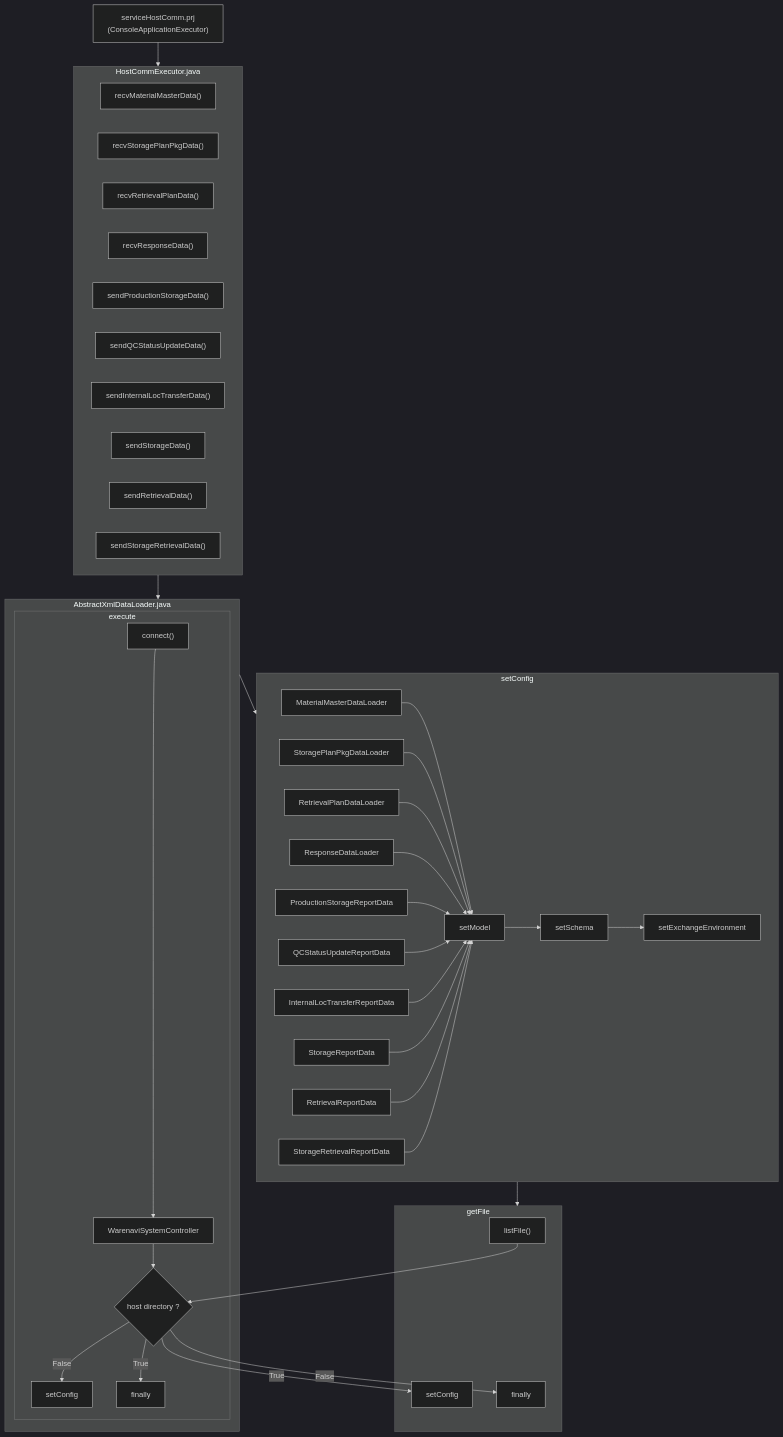
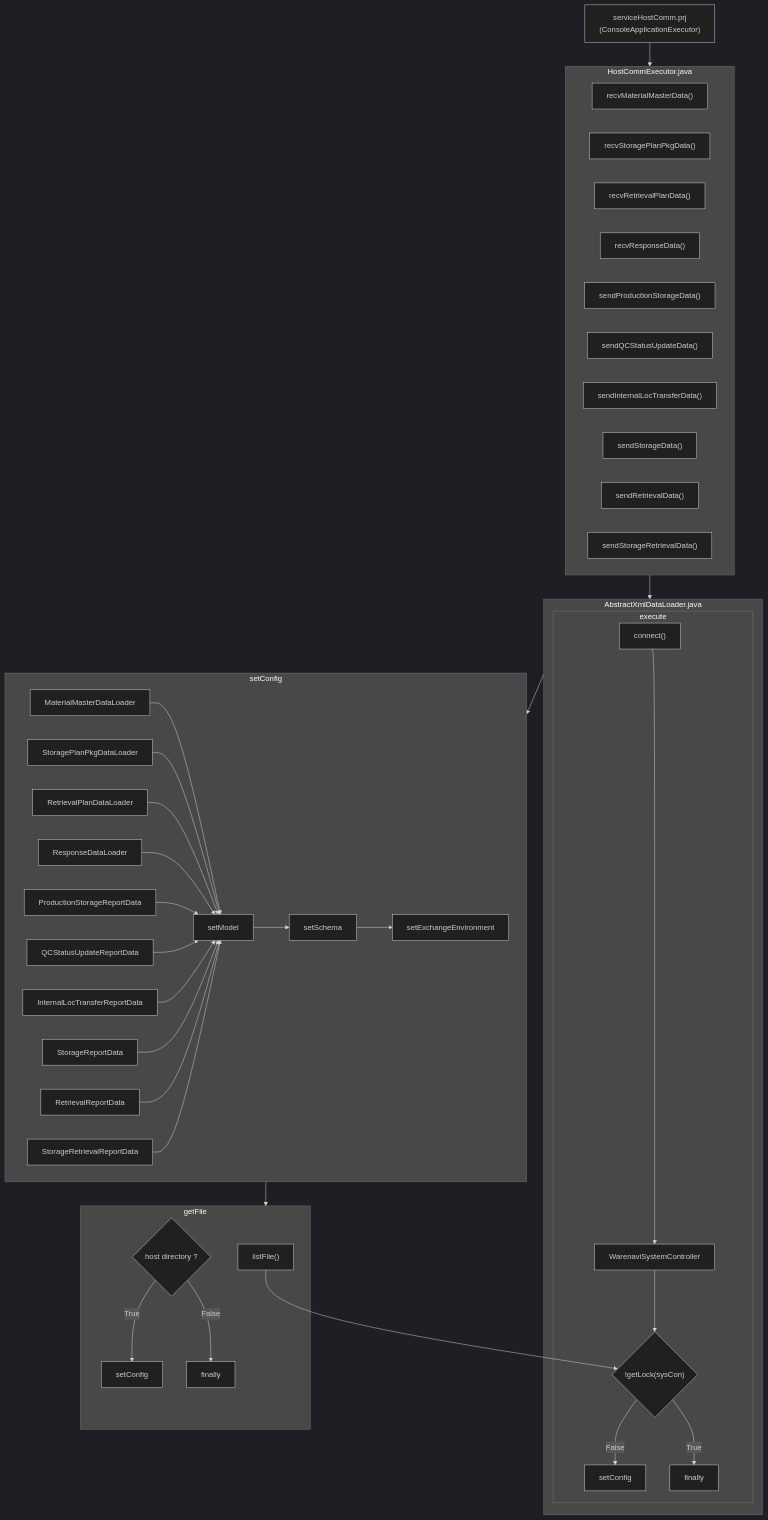
Before and after one commit to luthfiadityaa/SimeDarby-Wiki: the diagram in Basic-Design/Host-Interfaces.md, drawn with Mermaid (dark theme).

Commit message:
Updated Host Interfaces

```diff
--- a/Basic-Design/Host-Interfaces.md
+++ b/Basic-Design/Host-Interfaces.md
@@ -30,78 +30,78 @@
 ::: mermaid
 flowchart TD
  C1["serviceHostComm.prj<br>(ConsoleApplicationExecutor)"]           
  C1 --> HostCommExecutor.java
  AbstractXmlDataLoader.java
  HostCommExecutor.java --> AbstractXmlDataLoader.java
  AbstractXmlDataLoader.java --> setConfig
 setConfig --> getFile
 
 subgraph HostCommExecutor.java
  C2["recvMaterialMasterData()"]
  C3["recvStoragePlanPkgData()"]
  C4["recvRetrievalPlanData()"]
  C5["recvResponseData()"]
  C6["sendProductionStorageData()"]
  C7["sendQCStatusUpdateData()"]
  C8["sendInternalLocTransferData()"]
  C9["sendStorageData()"]
  C10["sendRetrievalData()"]
  C11["sendStorageRetrievalData()"]
 end
 
 subgraph AbstractXmlDataLoader.java
  execute        
 end
 
 subgraph execute
  C13["connect()"]
  C14["WarenaviSystemController"]
  
  Cond1{"!getLock(sysCon)"} 
 
  C16["setConfig"]
  C15["finally"]
 
  C13 --> C14 --> Cond1
  Cond1 --> |False| C16
  Cond1 --> |True| C15   
 end
 
 subgraph setConfig
 
  E11["setModel"]
  E12["setSchema"]
  E13["setExchangeEnvironment"]
 
  E11--> E12 --> E13
 
  C21["MaterialMasterDataLoader"] --> E11
  C22["StoragePlanPkgDataLoader"] --> E11
  C23["RetrievalPlanDataLoader"] --> E11
  C24["ResponseDataLoader"] --> E11
  C25["ProductionStorageReportData"] --> E11
  C26["QCStatusUpdateReportData"] --> E11
  C27["InternalLocTransferReportData"] --> E11
  C28["StorageReportData"] --> E11
  C29["RetrievalReportData"] --> E11
  C30["StorageRetrievalReportData"] --> E11
 
             
 end
 
 subgraph getFile
  C31["listFile()"]    
 
- Cond1{"host directory ?"}   
+ Cond2{"host directory ?"}   
 
  C32["setConfig"]
  C33["finally"]
 
  C31 --> Cond1
 
-Cond1 --> |True| C32
-Cond1 --> |False| C33
+Cond2 --> |True| C32
+Cond2 --> |False| C33
 
 end
 
 :::
```
